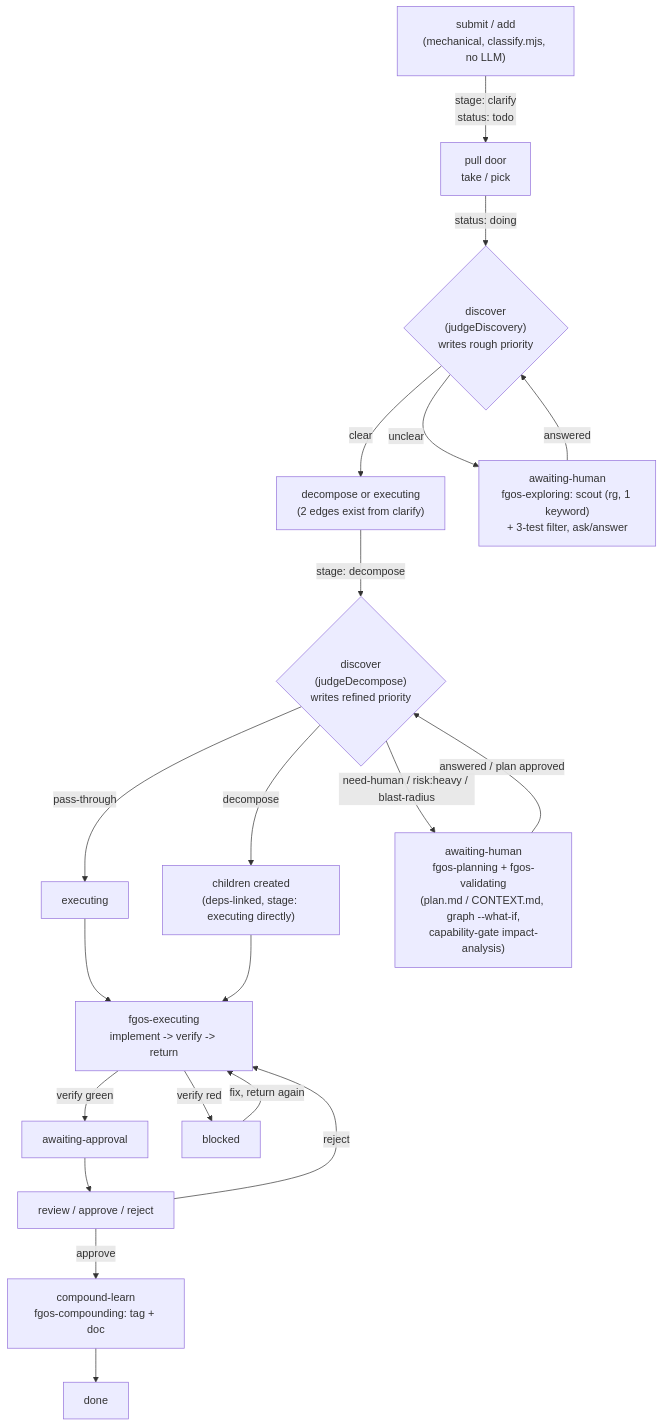
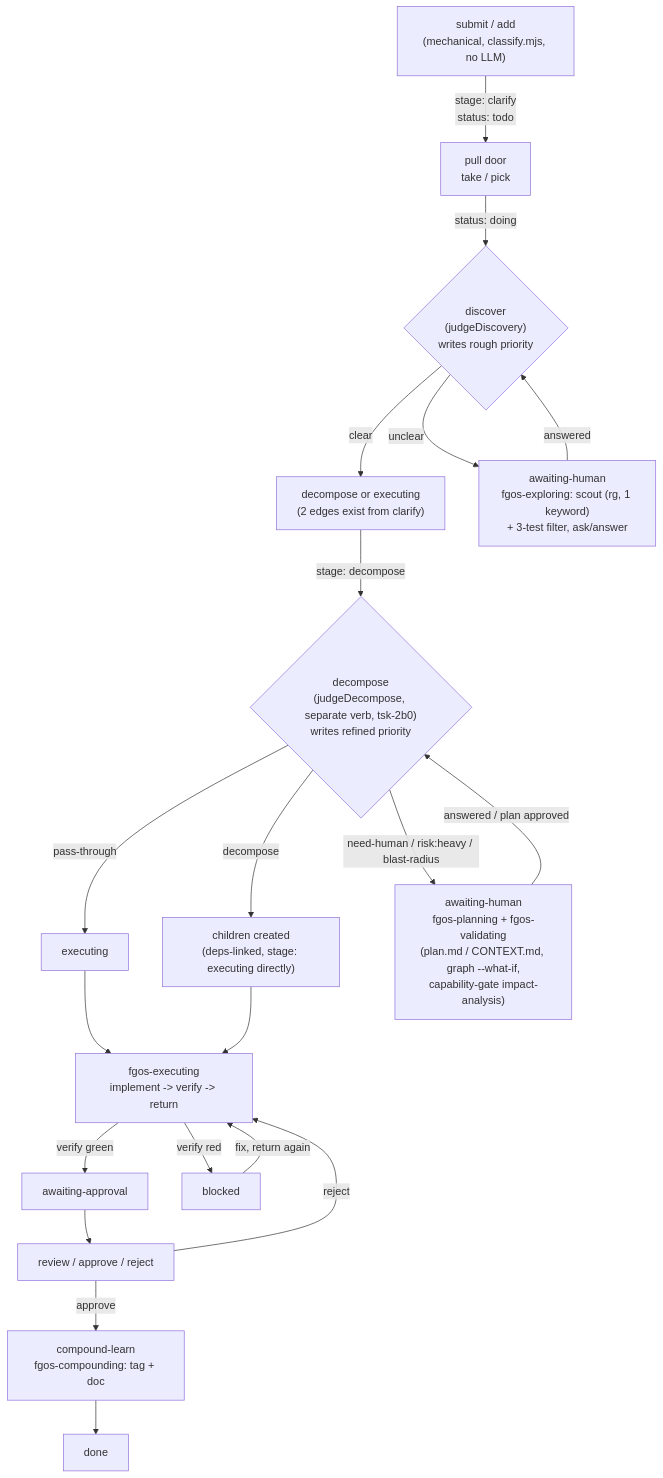
The diagram in docs/reference/work-item-pipeline-stages-verbs-and-handoffs.md (vantt/forgent), drawn with Mermaid before and after one commit. The commit also changed other lines of this file, not shown here.

Commit message:
docs: fix stale discover/decompose verb split + resolved-gap status (user caught diagram error)

````diff
--- a/docs/reference/work-item-pipeline-stages-verbs-and-handoffs.md
+++ b/docs/reference/work-item-pipeline-stages-verbs-and-handoffs.md
@@ -20,22 +27,22 @@
 ```mermaid
 flowchart TD
     A["submit / add<br/>(mechanical, classify.mjs, no LLM)"] -->|"stage: clarify<br/>status: todo"| B["pull door<br/>take / pick"]
     B -->|"status: doing"| C{"discover<br/>(judgeDiscovery)<br/>writes rough priority"}
     C -->|"clear"| E1["decompose or executing<br/>(2 edges exist from clarify)"]
     C -->|"unclear"| D["awaiting-human<br/>fgos-exploring: scout (rg, 1 keyword)<br/>+ 3-test filter, ask/answer"]
     D -->|"answered"| C
-    E1 -->|"stage: decompose"| F{"discover<br/>(judgeDecompose)<br/>writes refined priority"}
+    E1 -->|"stage: decompose"| F{"decompose<br/>(judgeDecompose, separate verb, tsk-2b0)<br/>writes refined priority"}
     F -->|"pass-through"| H["executing"]
     F -->|"decompose"| G["children created<br/>(deps-linked, stage: executing directly)"]
     F -->|"need-human / risk:heavy / blast-radius"| D2["awaiting-human<br/>fgos-planning + fgos-validating<br/>(plan.md / CONTEXT.md, graph --what-if,<br/>capability-gate impact-analysis)"]
     D2 -->|"answered / plan approved"| F
     H --> I["fgos-executing<br/>implement -> verify -> return"]
     G --> I
     I -->|"verify green"| J["awaiting-approval"]
     I -->|"verify red"| K["blocked"]
     K -->|"fix, return again"| I
     J --> L["review / approve / reject"]
     L -->|"reject"| I
     L -->|"approve"| M["compound-learn<br/>fgos-compounding: tag + doc"]
     M --> N["done"]
 ```
````
